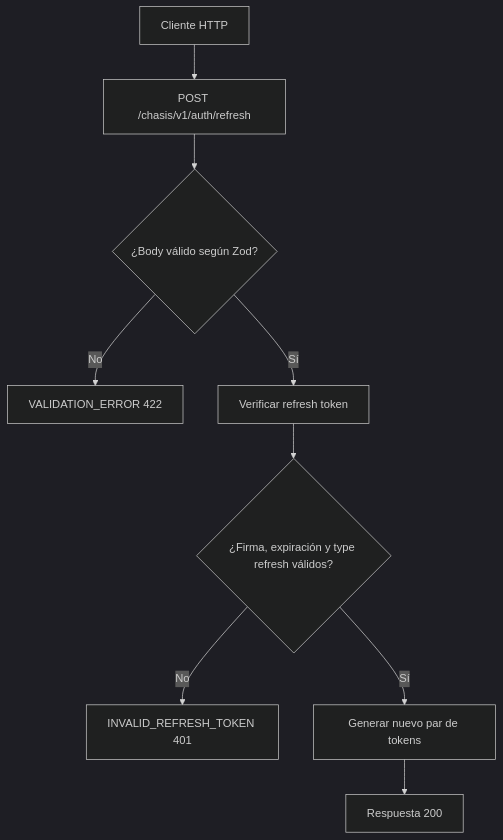
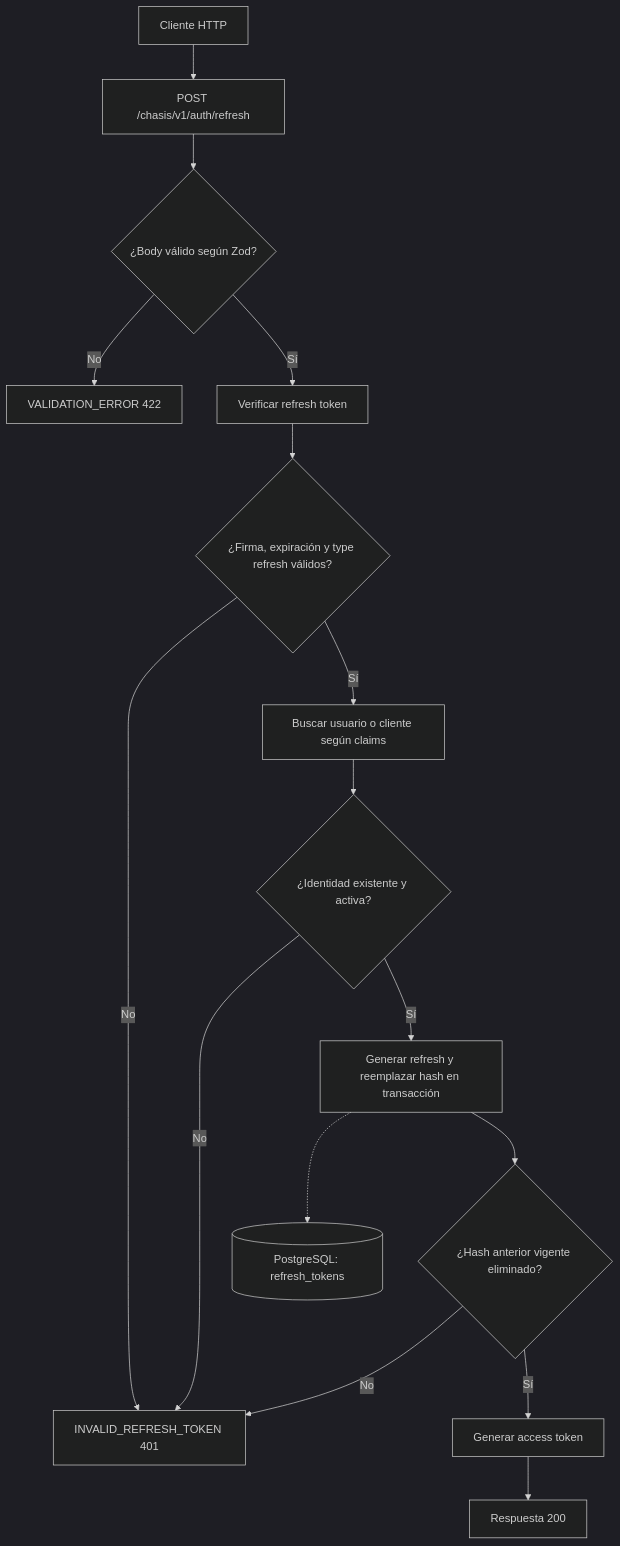
One commit to jac2206/chasis-fastify-backend changed the diagram in docs/use-case/refresh-tokens.md. Above: the diagram before and after it, drawn with Mermaid (dark theme). The commit also changed other lines of this file and 142 other files, not shown here.

````diff
--- a/docs/use-case/refresh-tokens.md
+++ b/docs/use-case/refresh-tokens.md
@@ -67,11 +74,18 @@
 ```mermaid
 flowchart TD
     A[Cliente HTTP] --> B[POST /chasis/v1/auth/refresh]
     B --> C{¿Body válido según Zod?}
     C -- No --> V[VALIDATION_ERROR 422]
     C -- Sí --> D[Verificar refresh token]
     D --> E{¿Firma, expiración y type refresh válidos?}
     E -- No --> F[INVALID_REFRESH_TOKEN 401]
-    E -- Sí --> G[Generar nuevo par de tokens]
-    G --> H[Respuesta 200]
+    E -- Sí --> J[Buscar usuario o cliente según claims]
+    J --> K{¿Identidad existente y activa?}
+    K -- No --> F
+    K -- Sí --> G[Generar refresh y reemplazar hash en transacción]
+    G -.-> DB[(PostgreSQL: refresh_tokens)]
+    G --> L{¿Hash anterior vigente eliminado?}
+    L -- No --> F
+    L -- Sí --> M[Generar access token]
+    M --> H[Respuesta 200]
 ```
````
